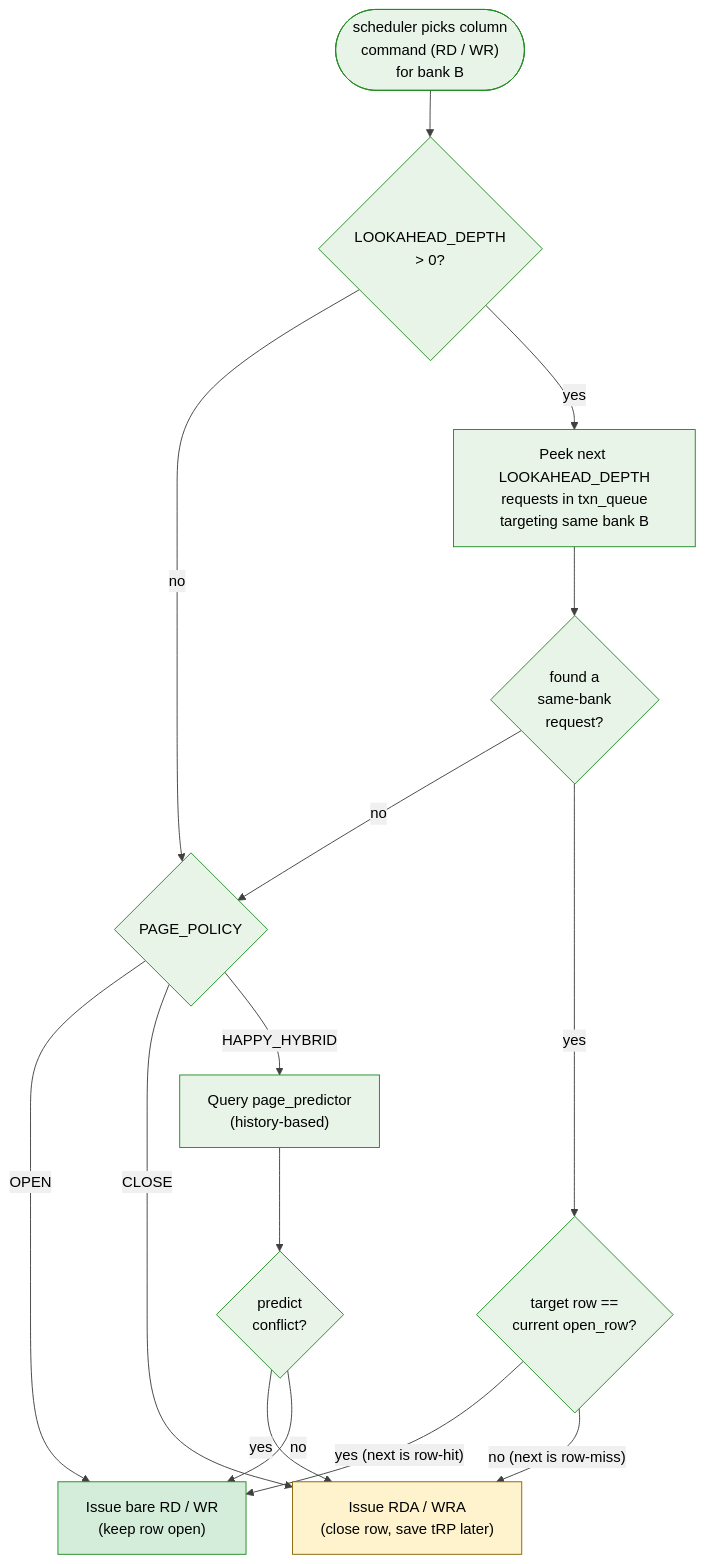
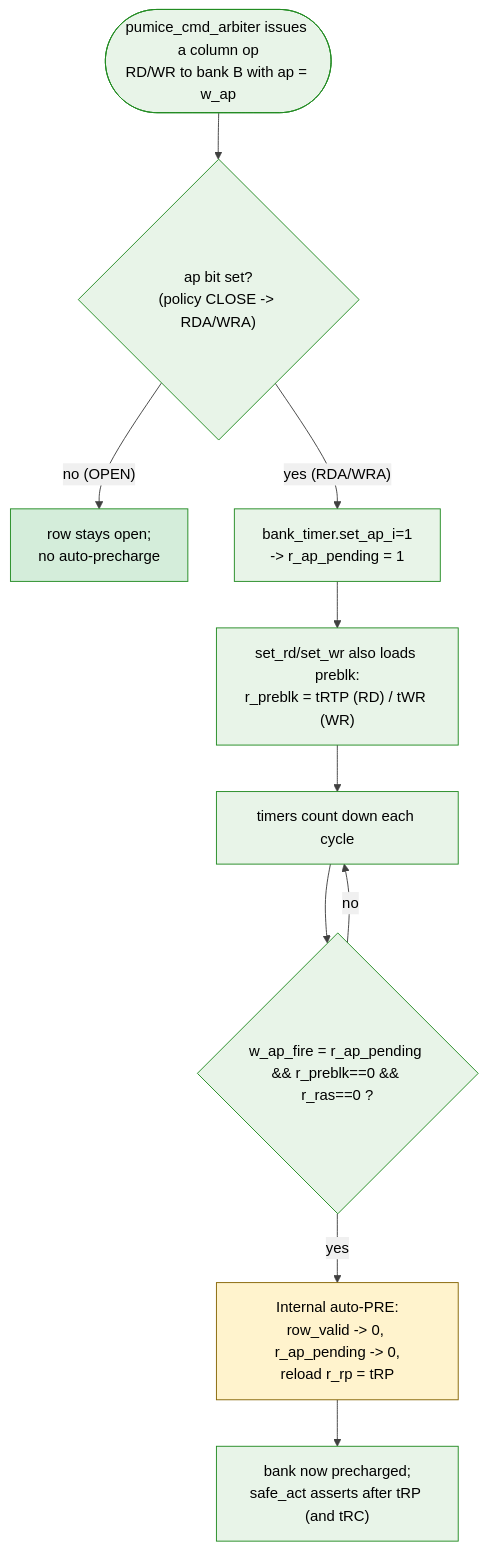
One commit to sean-galloway/RTLDesignSherpa changed the diagram in projects/components/memory-controllers/pumice-ddr2-lpddr2/docs/pumice_has/assets/mermaid/10_lookahead_auto_pre.mmd. Above: the diagram before and after it, drawn with Mermaid. The commit also changed 136 other files, not shown here.

First line of the commit message:
docs(pumice): full HAS/MAS sweep — reconcile specs with rearchitected RTL

```diff
--- a/projects/components/memory-controllers/pumice-ddr2-lpddr2/docs/pumice_has/assets/mermaid/10_lookahead_auto_pre.mmd
+++ b/projects/components/memory-controllers/pumice-ddr2-lpddr2/docs/pumice_has/assets/mermaid/10_lookahead_auto_pre.mmd
@@ -1,26 +1,21 @@
 %%{init: {'theme': 'base', 'themeVariables': { 'primaryColor': '#e8f4e8', 'primaryTextColor': '#000', 'primaryBorderColor': '#228B22', 'lineColor': '#404040', 'secondaryColor': '#f0f0f0', 'tertiaryColor': '#fff'}}}%%
 flowchart TD
-    issue(["scheduler picks column<br/>command (RD / WR)<br/>for bank B"])
-    issue --> lah_en{"LOOKAHEAD_DEPTH<br/>&gt; 0?"}
+    %% Auto-precharge in the live design. No lookahead queue peek anymore:
+    %% the arbiter sets the ap bit (from page policy, diagram 09); bank_timer's
+    %% r_ap_pending fires the internal precharge once preblk + tRAS elapse.
+    issue(["pumice_cmd_arbiter issues a column op<br/>RD/WR to bank B with ap = w_ap"])
+    issue --> approbe{"ap bit set?<br/>(policy CLOSE -> RDA/WRA)"}
 
-    lah_en -->|"no"| pol{PAGE_POLICY}
-    lah_en -->|"yes"| peek["Peek next LOOKAHEAD_DEPTH<br/>requests in txn_queue<br/>targeting same bank B"]
+    approbe -->|"no (OPEN)"| stayopen["row stays open;<br/>no auto-precharge"]
+    approbe -->|"yes (RDA/WRA)"| latch["bank_timer.set_ap_i=1<br/>-> r_ap_pending = 1"]
 
-    peek --> found{"found a<br/>same-bank<br/>request?"}
+    latch --> load["set_rd/set_wr also loads preblk:<br/>r_preblk = tRTP (RD) / tWR (WR)"]
+    load --> wait["timers count down each cycle"]
+    wait --> fire{"w_ap_fire = r_ap_pending && r_preblk==0 && r_ras==0 ?"}
+    fire -->|no| wait
+    fire -->|yes| pre["Internal auto-PRE:<br/>row_valid -> 0, r_ap_pending -> 0,<br/>reload r_rp = tRP"]
 
-    found -->|"no"| pol
-    found -->|"yes"| same_row{"target row ==<br/>current open_row?"}
+    pre --> reopen["bank now precharged;<br/>safe_act asserts after tRP (and tRC)"]
 
-    same_row -->|"yes (next is row-hit)"| keep_open["Issue bare RD / WR<br/>(keep row open)"]
-    same_row -->|"no (next is row-miss)"| auto_pre["Issue RDA / WRA<br/>(close row, save tRP later)"]
-
-    pol -->|"OPEN"| keep_open
-    pol -->|"CLOSE"| auto_pre
-    pol -->|"HAPPY_HYBRID"| pred["Query page_predictor<br/>(history-based)"]
-
-    pred --> pred_out{"predict<br/>conflict?"}
-    pred_out -->|"yes"| auto_pre
-    pred_out -->|"no"| keep_open
-
-    style keep_open fill:#d4edda,stroke:#228B22
-    style auto_pre fill:#fff3cd,stroke:#856404
+    style stayopen fill:#d4edda,stroke:#228B22
+    style pre fill:#fff3cd,stroke:#856404
```
